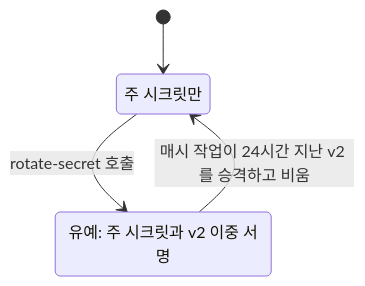
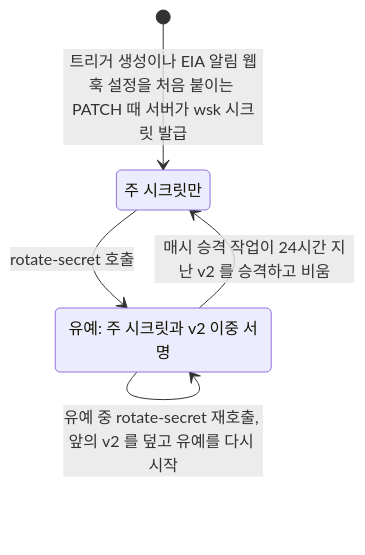
One commit to worker-ants/clemvion changed the seventh of 7 diagrams in spec/CLE-IX/CLE-EIA-DATA.md. Above: the diagram before and after it, drawn with Mermaid. The commit also changed other lines of this file and 56 other files, not shown here.

First line of the commit message:
feat(triggers): 서버가 만든 EIA 값을 PATCH 에서 지키고 첫 알림 서명 시크릿을 발급한다 (CLE-T-M6PERB) (#1511)

````diff
--- a/spec/CLE-IX/CLE-EIA-DATA.md
+++ b/spec/CLE-IX/CLE-EIA-DATA.md
@@ -343,8 +365,9 @@
 ```mermaid
 stateDiagram-v2
   state "주 시크릿만" as Primary
   state "유예: 주 시크릿과 v2 이중 서명" as Grace
-  [*] --> Primary
+  [*] --> Primary: 트리거 생성이나 EIA 알림 웹훅 설정을 처음 붙이는 PATCH 때 서버가 wsk 시크릿 발급
   Primary --> Grace: rotate-secret 호출
-  Grace --> Primary: 매시 작업이 24시간 지난 v2 를 승격하고 비움
+  Grace --> Grace: 유예 중 rotate-secret 재호출, 앞의 v2 를 덮고 유예를 다시 시작
+  Grace --> Primary: 매시 승격 작업이 24시간 지난 v2 를 승격하고 비움
 ```
````
